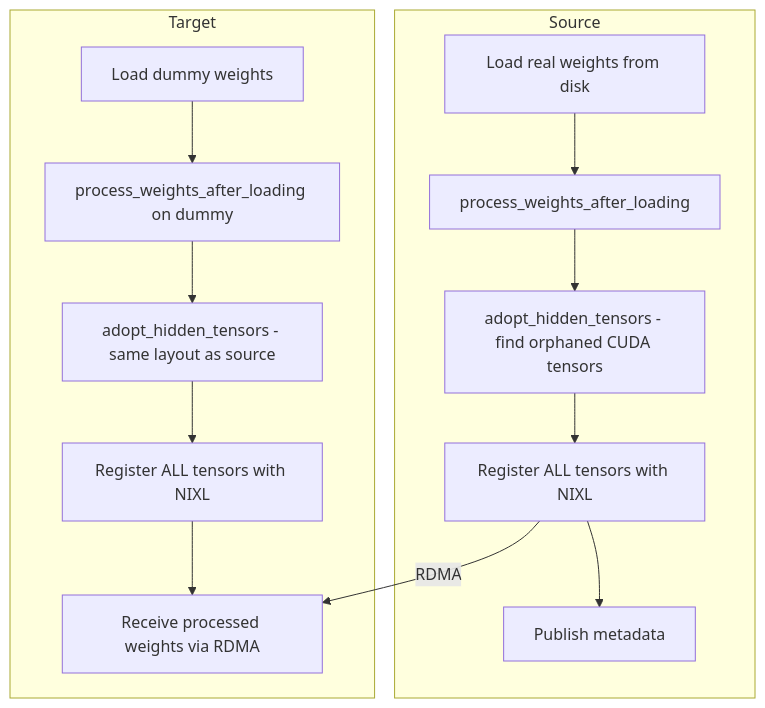
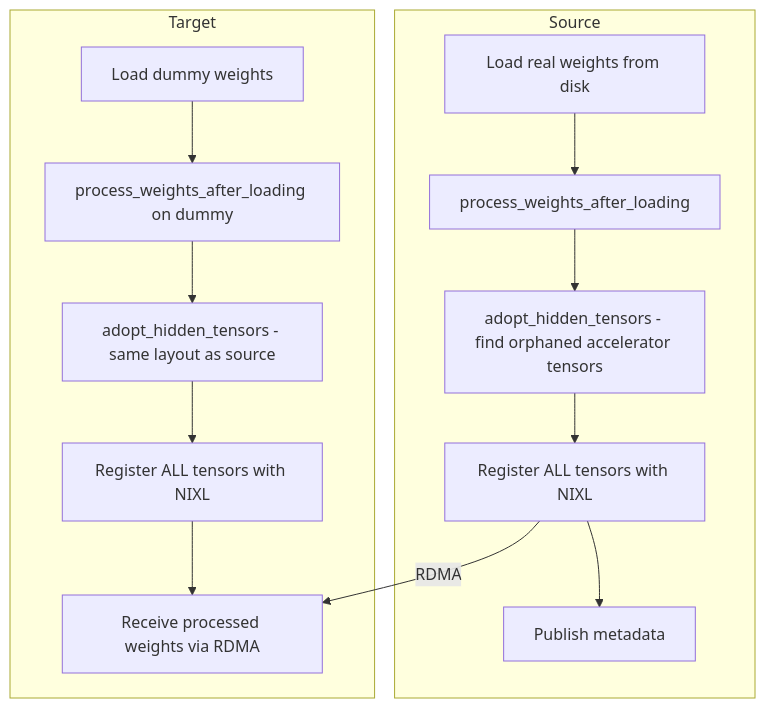
The second of 2 diagrams in docs/ARCHITECTURE.md (ai-dynamo/modelexpress), drawn with Mermaid before and after one commit. The commit also changed other lines of this file and 1 other file, not shown here.

````diff
--- a/docs/ARCHITECTURE.md
+++ b/docs/ARCHITECTURE.md
@@ -704,20 +707,20 @@
 ```mermaid
 graph TD
     subgraph Source
         S1[Load real weights from disk]
         S2[process_weights_after_loading]
-        S3[adopt_hidden_tensors - find orphaned CUDA tensors]
+        S3[adopt_hidden_tensors - find orphaned accelerator tensors]
         S4[Register ALL tensors with NIXL]
         S5[Publish metadata]
         S1 --> S2 --> S3 --> S4 --> S5
     end
     subgraph Target
         T1[Load dummy weights]
         T2[process_weights_after_loading on dummy]
         T3[adopt_hidden_tensors - same layout as source]
         T4[Register ALL tensors with NIXL]
         T5[Receive processed weights via RDMA]
         T1 --> T2 --> T3 --> T4 --> T5
     end
     S4 -- "RDMA" --> T5
 ```
````
